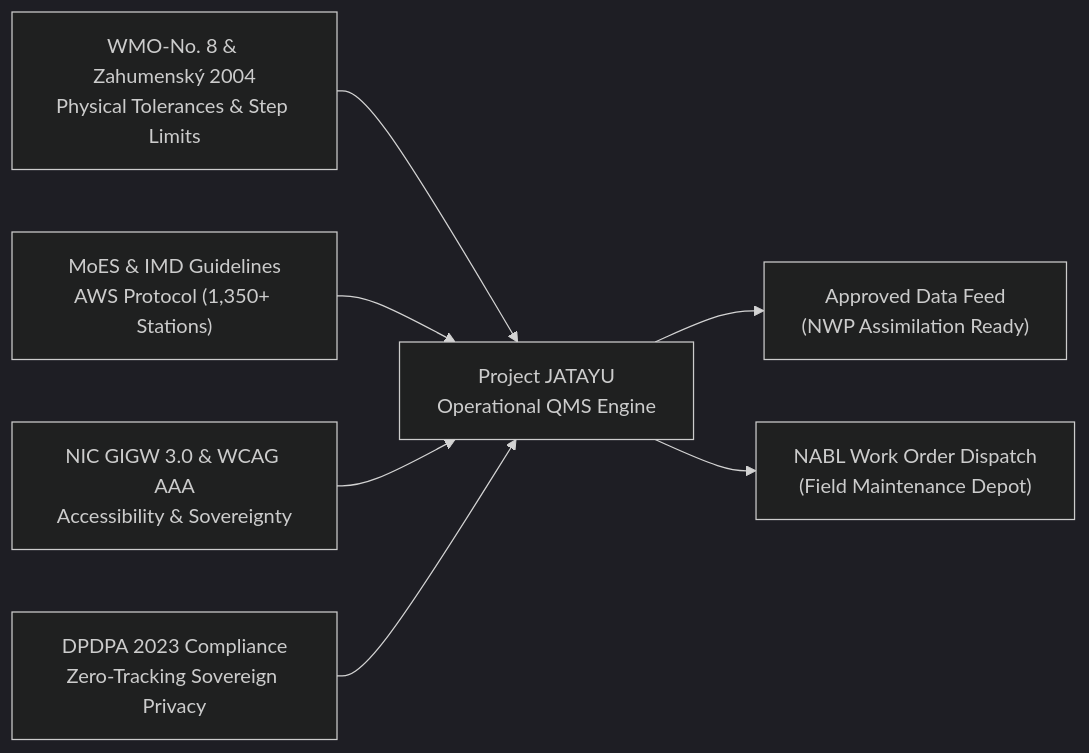
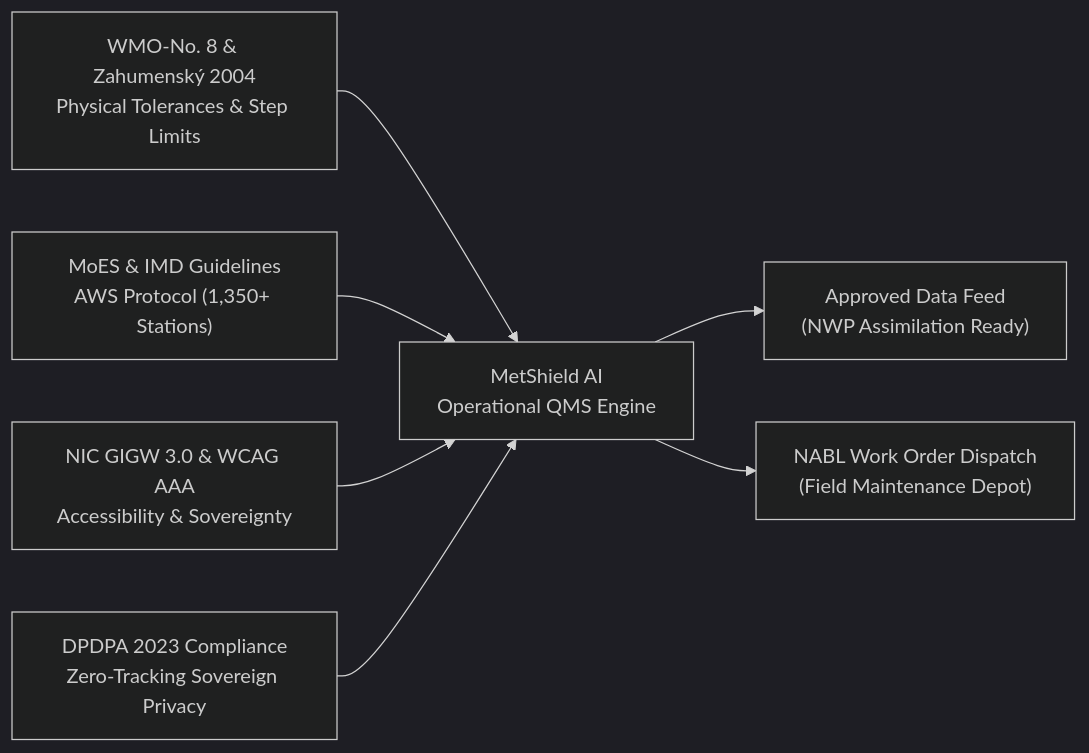
One commit to shivamkumarmehta64-sketch/MetShield-AI changed the first of 2 diagrams in README.md. Above: the diagram before and after it, drawn with Mermaid (dark theme). The commit also changed other lines of this file and 13 other files, not shown here.

Commit message:
chore: complete project-wide rebranding to MetShield AI across documentation, workers, and PWA

````diff
--- a/README.md
+++ b/README.md
@@ -56,10 +56,10 @@
 ```mermaid
 graph LR
-    WMO["WMO-No. 8 & Zahumenský 2004<br/>Physical Tolerances & Step Limits"] --> JATAYU["Project JATAYU<br/>Operational QMS Engine"]
-    MoES["MoES & IMD Guidelines<br/>AWS Protocol (1,350+ Stations)"] --> JATAYU
-    NIC["NIC GIGW 3.0 & WCAG AAA<br/>Accessibility & Sovereignty"] --> JATAYU
-    DPDPA["DPDPA 2023 Compliance<br/>Zero-Tracking Sovereign Privacy"] --> JATAYU
+    WMO["WMO-No. 8 & Zahumenský 2004<br/>Physical Tolerances & Step Limits"] --> METSHIELD["MetShield AI<br/>Operational QMS Engine"]
+    MoES["MoES & IMD Guidelines<br/>AWS Protocol (1,350+ Stations)"] --> METSHIELD
+    NIC["NIC GIGW 3.0 & WCAG AAA<br/>Accessibility & Sovereignty"] --> METSHIELD
+    DPDPA["DPDPA 2023 Compliance<br/>Zero-Tracking Sovereign Privacy"] --> METSHIELD
 
-    JATAYU --> NWP["Approved Data Feed<br/>(NWP Assimilation Ready)"]
-    JATAYU --> NABL["NABL Work Order Dispatch<br/>(Field Maintenance Depot)"]
+    METSHIELD --> NWP["Approved Data Feed<br/>(NWP Assimilation Ready)"]
+    METSHIELD --> NABL["NABL Work Order Dispatch<br/>(Field Maintenance Depot)"]
 ```
````
